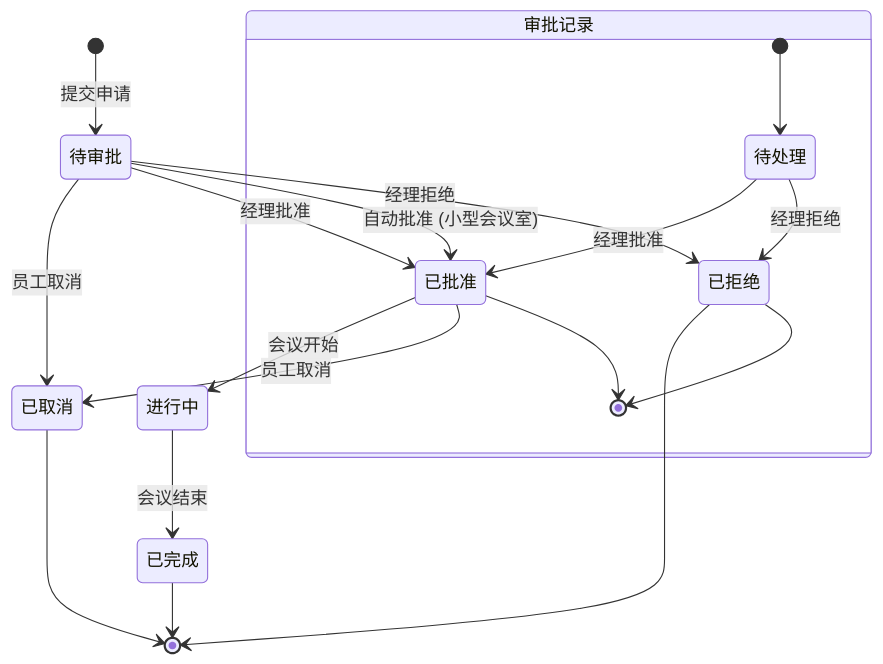
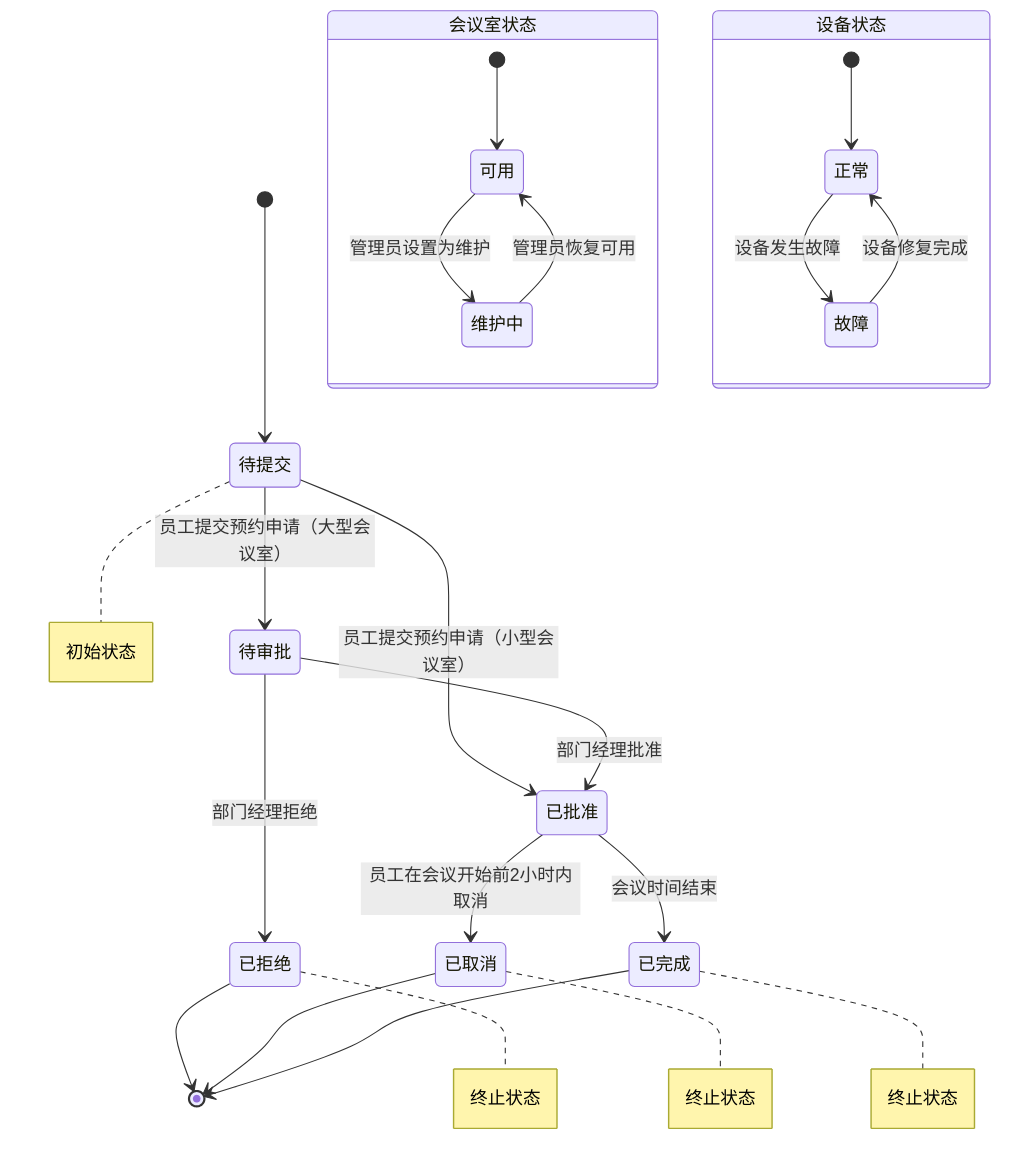
Before and after one commit to YxY09/ReqDesign-Agent: the diagram in benchmark/results/case5_meeting/state_diagram.mmd, drawn with Mermaid. The commit also changed 65 other files, not shown here.

```diff
--- a/benchmark/results/case5_meeting/state_diagram.mmd
+++ b/benchmark/results/case5_meeting/state_diagram.mmd
@@ -1,20 +1,30 @@
 stateDiagram-v2
-    [*] --> 待审批 : 提交申请
-    待审批 --> 已批准 : 经理批准
-    待审批 --> 已批准 : 自动批准 (小型会议室)
-    待审批 --> 已拒绝 : 经理拒绝
-    待审批 --> 已取消 : 员工取消
-    已批准 --> 进行中 : 会议开始
-    已批准 --> 已取消 : 员工取消
+    %% 预约记录状态机
+    [*] --> 待提交
+    待提交 --> 待审批 : 员工提交预约申请（大型会议室）
+    待提交 --> 已批准 : 员工提交预约申请（小型会议室）
+    待审批 --> 已批准 : 部门经理批准
+    待审批 --> 已拒绝 : 部门经理拒绝
+    已批准 --> 已取消 : 员工在会议开始前2小时内取消
+    已批准 --> 已完成 : 会议时间结束
     已拒绝 --> [*]
     已取消 --> [*]
-    进行中 --> 已完成 : 会议结束
     已完成 --> [*]
+    note right of 待提交 : 初始状态
+    note right of 已拒绝 : 终止状态
+    note right of 已取消 : 终止状态
+    note right of 已完成 : 终止状态
 
-    state "审批记录" as Approval {
-        [*] --> 待处理
-        待处理 --> 已批准 : 经理批准
-        待处理 --> 已拒绝 : 经理拒绝
-        已批准 --> [*]
-        已拒绝 --> [*]
+    %% 会议室状态机
+    state "会议室状态" as Room {
+        [*] --> 可用
+        可用 --> 维护中 : 管理员设置为维护
+        维护中 --> 可用 : 管理员恢复可用
     }
+
+    %% 设备状态机
+    state "设备状态" as Equipment {
+        [*] --> 正常
+        正常 --> 故障 : 设备发生故障
+        故障 --> 正常 : 设备修复完成
+    }
```
